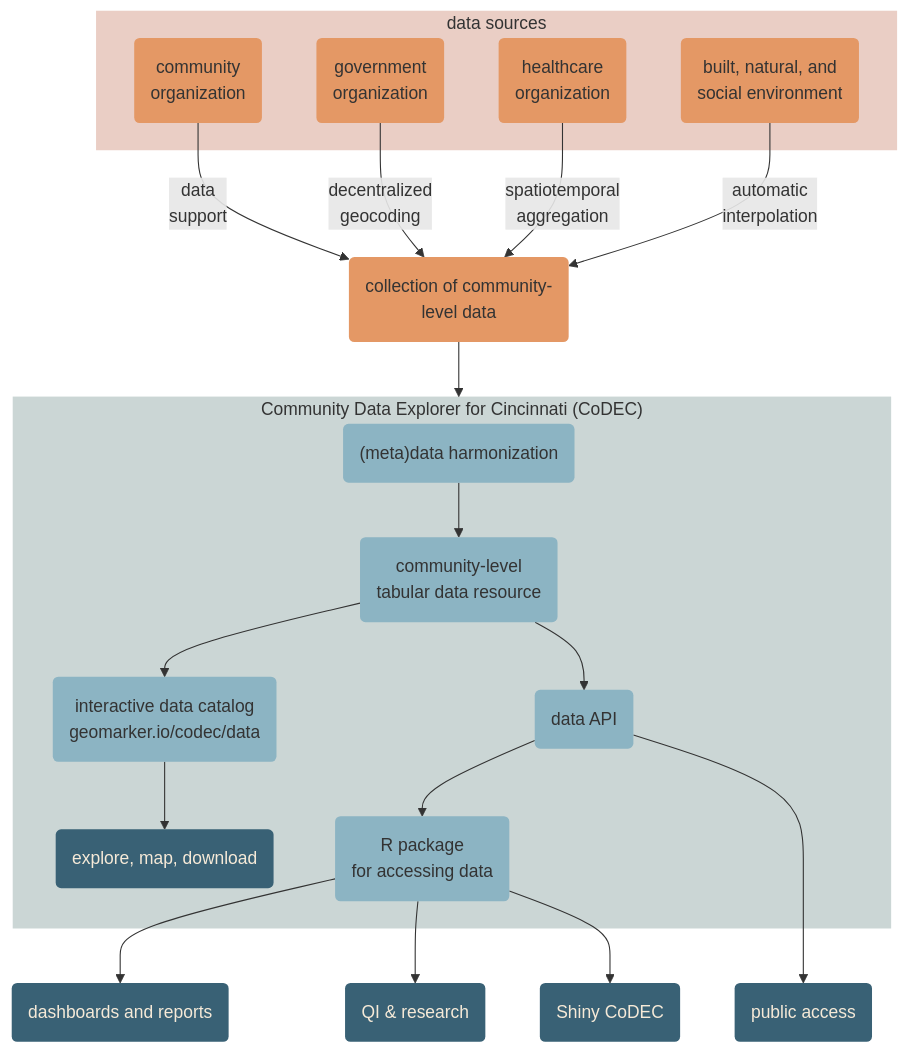
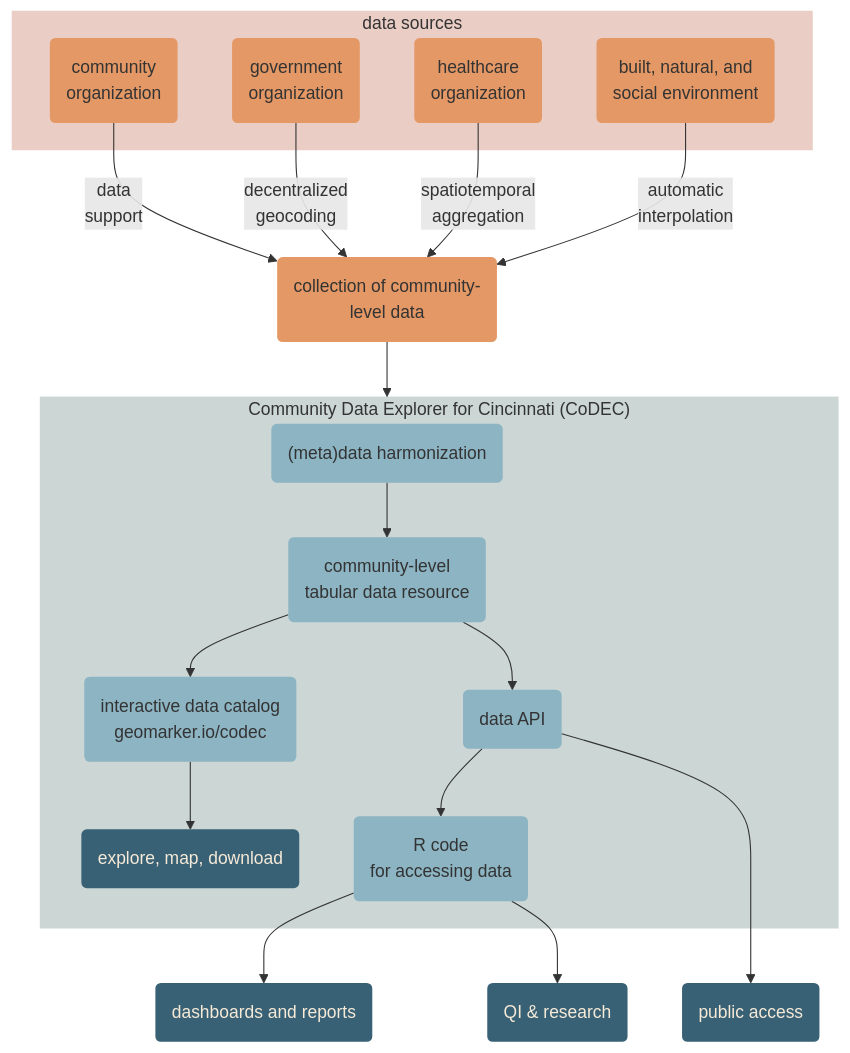
One commit to geomarker-io/codec changed the diagram in man/figures/codec_overview.mmd. Above: the diagram before and after it, drawn with Mermaid. The commit also changed 11 other files, not shown here.

Commit message:
Data catalog update with download buttons (#63)

```diff
--- a/man/figures/codec_overview.mmd
+++ b/man/figures/codec_overview.mmd
@@ -1,41 +1,42 @@
+%%{init: { "fontFamily": "arial" } }%%
+
 flowchart TD
 
 classDef I fill:#E49865,stroke:#333,stroke-width:0px;
 classDef II fill:#EACEC5,stroke:#333,stroke-width:0px;
 classDef III fill:#CBD6D5,stroke:#333,stroke-width:0px;
 classDef IIII fill:#8CB4C3,stroke:#333,stroke-width:0px;
 classDef V fill:#396175,color:#F6EAD8,stroke:#333,stroke-width:0px;
 
 subgraph source-box [data sources]
     org(community \norganization):::I
     jfs(government \n organization):::I
     cchmc("healthcare \n organization"):::I
     acs("built, natural, and \n social environment"):::I
 end
 class source-box II
 
 stage(collection of community-\nlevel data):::I
 
 org --> |"data \n support"| stage
 jfs --> |decentralized \n geocoding| stage
 cchmc --> |spatiotemporal \n aggregation| stage
 acs --> |automatic \n interpolation| stage
 stage --> codec-box
 
 subgraph codec-box ["Community Data Explorer for Cincinnati (CoDEC)"]
     ingest("(meta)data harmonization"):::IIII
     data(community-level \n tabular data resource):::IIII
-    data-catalog("interactive data catalog\n geomarker.io/codec/data"):::IIII
+    data-catalog("interactive data catalog\n geomarker.io/codec"):::IIII
     ingest --> data
     data --> data-catalog
     data --> api(data API):::IIII
-    api --> bindings(R package \n for accessing data):::IIII
+    api --> bindings(R code \n for accessing data):::IIII
     data-catalog --> download(explore, map, download):::V
 end
 
 class codec-box III
 
 bindings --> dashboard("dashboards and reports"):::V
 bindings --> qr(QI & research):::V
-bindings --> shiny-codec("Shiny CoDEC"):::V
 api ---> anywhere(public access):::V
```
